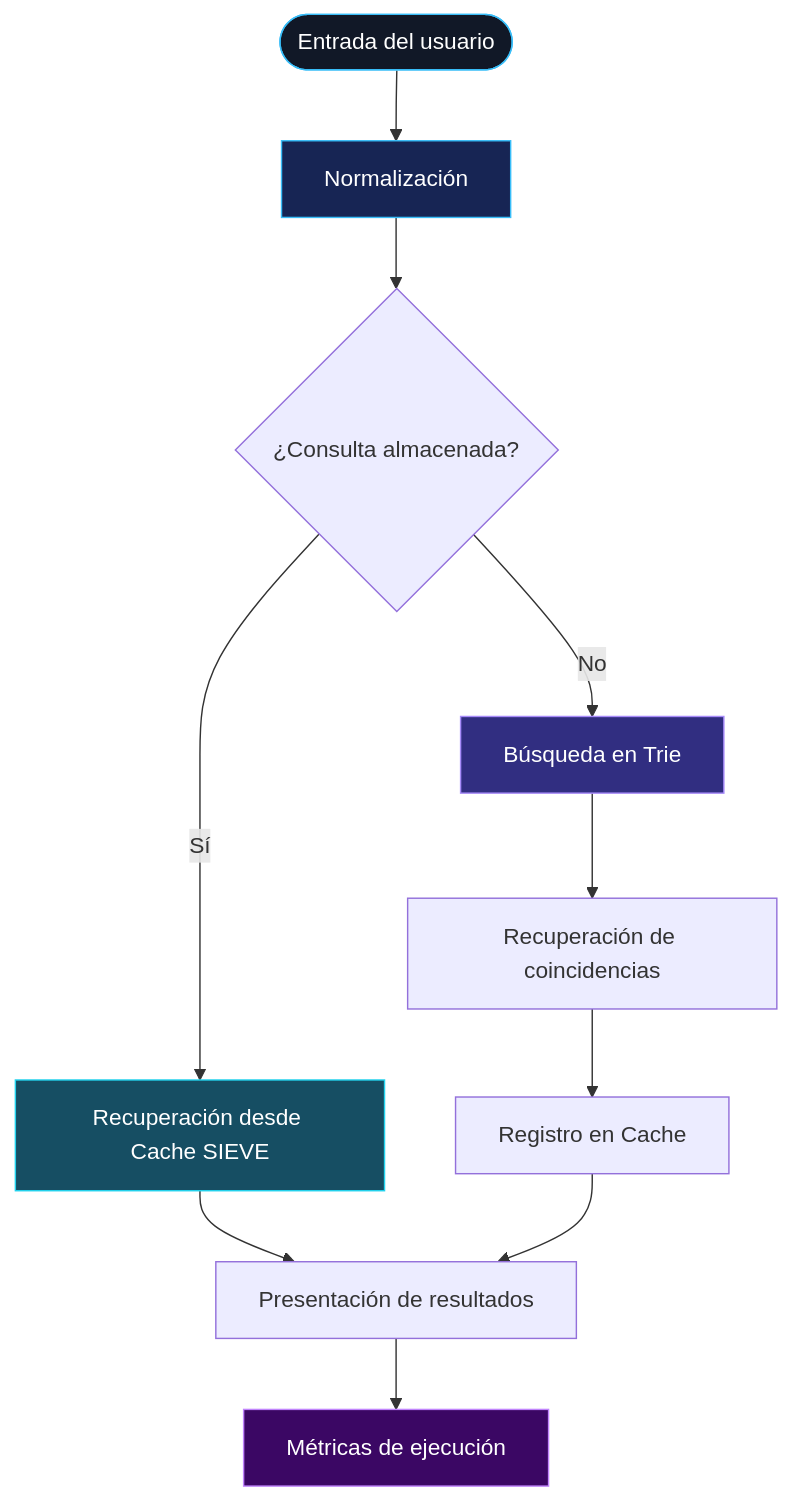
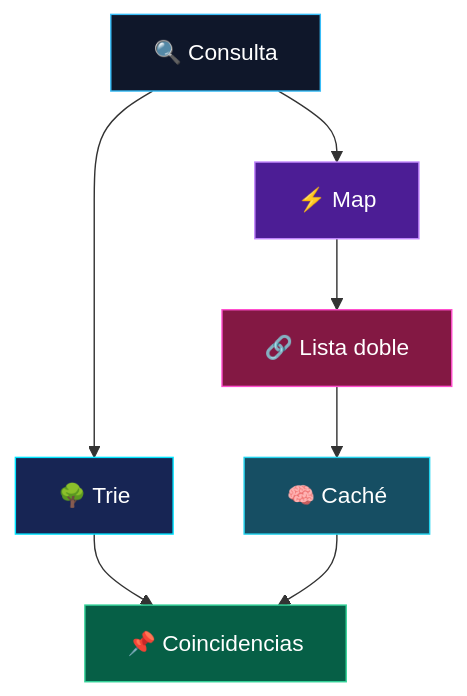
The first of 4 diagrams in README.md (yimmyangulotorres-ui/POO), drawn with Mermaid before and after one commit. The commit also changed other lines of this file, not shown here.

````diff
--- a/README.md
+++ b/README.md
@@ -148,18 +136,16 @@
 ```mermaid
 flowchart TD
-    A(["Entrada del usuario"]) --> B["Normalización"]
-    B --> C{"¿Consulta almacenada?"}
-    C -->|"Sí"| D["Recuperación desde Cache SIEVE"]
-    C -->|"No"| E["Búsqueda en Trie"]
-    E --> F["Recuperación de coincidencias"]
-    F --> G["Registro en Cache"]
-    D --> H["Presentación de resultados"]
-    G --> H
-    H --> I["Métricas de ejecución"]
+    A["🔍 Consulta"] --> B["🌳 Trie"]
+    A --> C["⚡ Map"]
+    C --> D["🔗 Lista doble"]
+    B --> E["📌 Coincidencias"]
+    D --> F["🧠 Caché"]
+    F --> E
 
-    style A fill:#111827,stroke:#38bdf8,color:#fff
-    style B fill:#172554,stroke:#38bdf8,color:#fff
-    style D fill:#164e63,stroke:#22d3ee,color:#fff
-    style E fill:#312e81,stroke:#a78bfa,color:#fff
-    style I fill:#3b0764,stroke:#c084fc,color:#fff
+    style A fill:#0F172A,stroke:#38BDF8,color:#FFFFFF
+    style B fill:#172554,stroke:#00E5FF,color:#FFFFFF
+    style C fill:#4C1D95,stroke:#C084FC,color:#FFFFFF
+    style D fill:#831843,stroke:#FF4ECD,color:#FFFFFF
+    style F fill:#164E63,stroke:#22D3EE,color:#FFFFFF
+    style E fill:#065F46,stroke:#34D399,color:#FFFFFF
 ```
````
